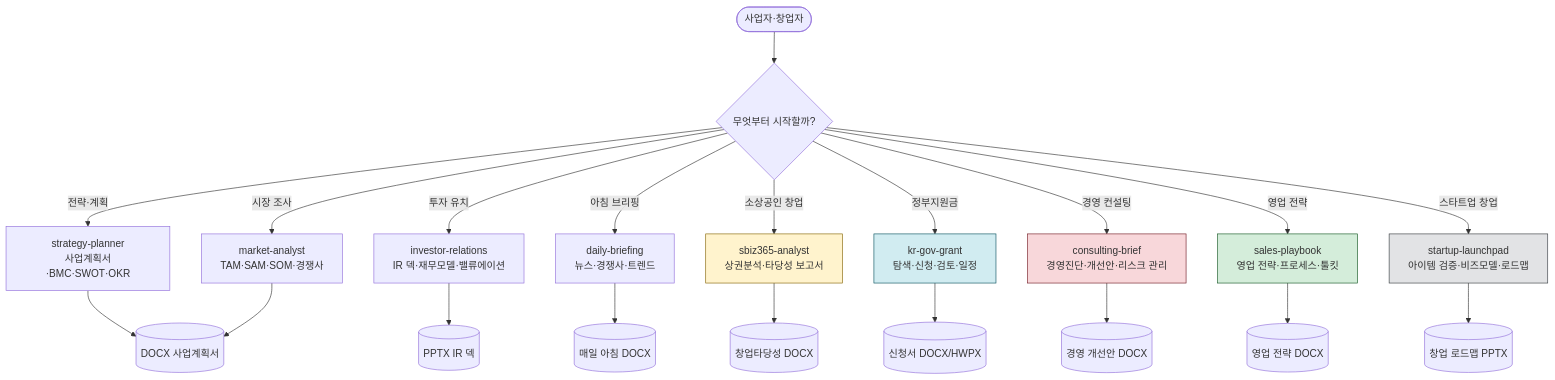
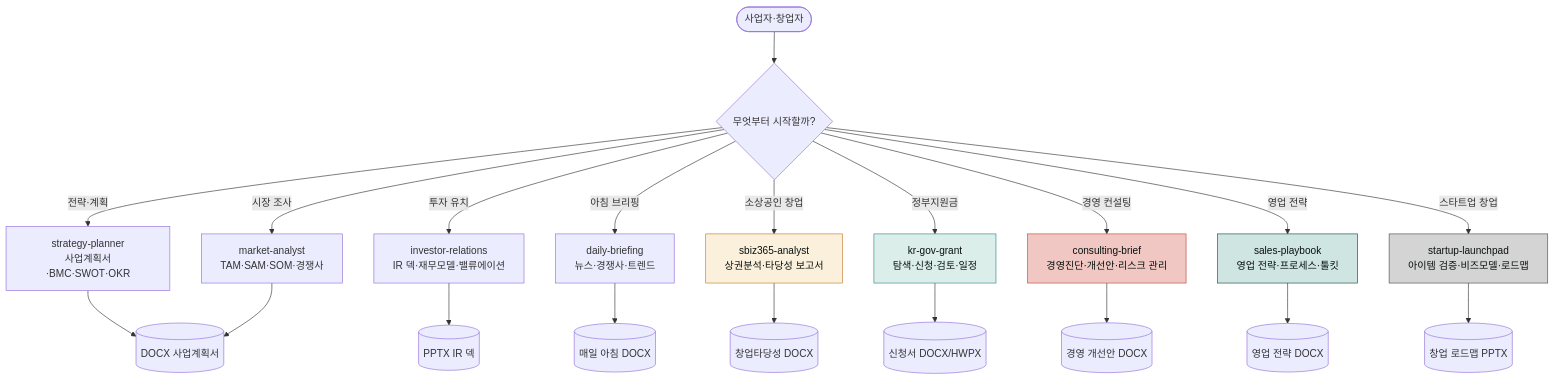
One commit to modu-ai/claude changed the first of 6 diagrams in content/plugins/moai-business.md. Above: the diagram before and after it, drawn with Mermaid. The commit also changed other lines of this file and 97 other files, not shown here.

First line of the commit message:
style(docs-site): mermaid 색상 브랜드 정합 + 라이트 테마 단일화

````diff
--- a/content/plugins/moai-business.md
+++ b/content/plugins/moai-business.md
@@ -21,30 +21,30 @@
 ```mermaid
 flowchart TD
   User([사업자·창업자]) --> Q{무엇부터 시작할까?}
 
   Q -->|전략·계획| S1[strategy-planner<br/>사업계획서·BMC·SWOT·OKR]
   Q -->|시장 조사| S2[market-analyst<br/>TAM·SAM·SOM·경쟁사]
   Q -->|투자 유치| S3[investor-relations<br/>IR 덱·재무모델·밸류에이션]
   Q -->|아침 브리핑| S4[daily-briefing<br/>뉴스·경쟁사·트렌드]
   Q -->|소상공인 창업| S5[sbiz365-analyst<br/>상권분석·타당성 보고서]
   Q -->|정부지원금| S6[kr-gov-grant<br/>탐색·신청·검토·일정]
   Q -->|경영 컨설팅| S7[consulting-brief<br/>경영진단·개선안·리스크 관리]
   Q -->|영업 전략| S8[sales-playbook<br/>영업 전략·프로세스·툴킷]
   Q -->|스타트업 창업| S9[startup-launchpad<br/>아이템 검증·비즈모델·로드맵]
 
   S1 --> O1[(DOCX 사업계획서)]
   S2 --> O1
   S3 --> O2[(PPTX IR 덱)]
   S4 --> O3[(매일 아침 DOCX)]
   S5 --> O4[(창업타당성 DOCX)]
   S6 --> O5[(신청서 DOCX/HWPX)]
   S7 --> O6[(경영 개선안 DOCX)]
   S8 --> O7[(영업 전략 DOCX)]
   S9 --> O8[(창업 로드맵 PPTX)]
 
-  style S5 fill:#fff3cd,stroke:#856404
-  style S6 fill:#d1ecf1,stroke:#0c5460
-  style S7 fill:#f8d7da,stroke:#721c24
-  style S8 fill:#d4edda,stroke:#155724
-  style S9 fill:#e2e3e5,stroke:#383d41
+  style S5 fill:#fbf0dc,stroke:#c47b2a,color:#09110f
+  style S6 fill:#dceee9,stroke:#2a8a8c,color:#09110f
+  style S7 fill:#f0c7c2,stroke:#c44a3a,color:#09110f
+  style S8 fill:#cfe5e2,stroke:#144a46,color:#09110f
+  style S9 fill:#d4d4d4,stroke:#4c4c4c,color:#09110f
 ```
````
